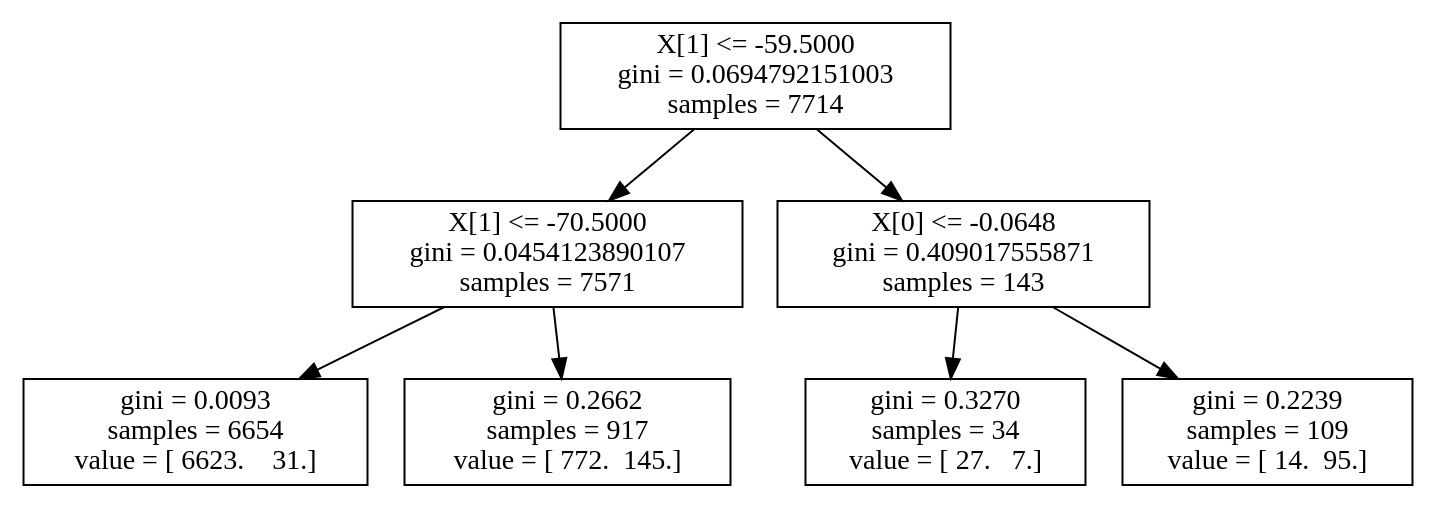
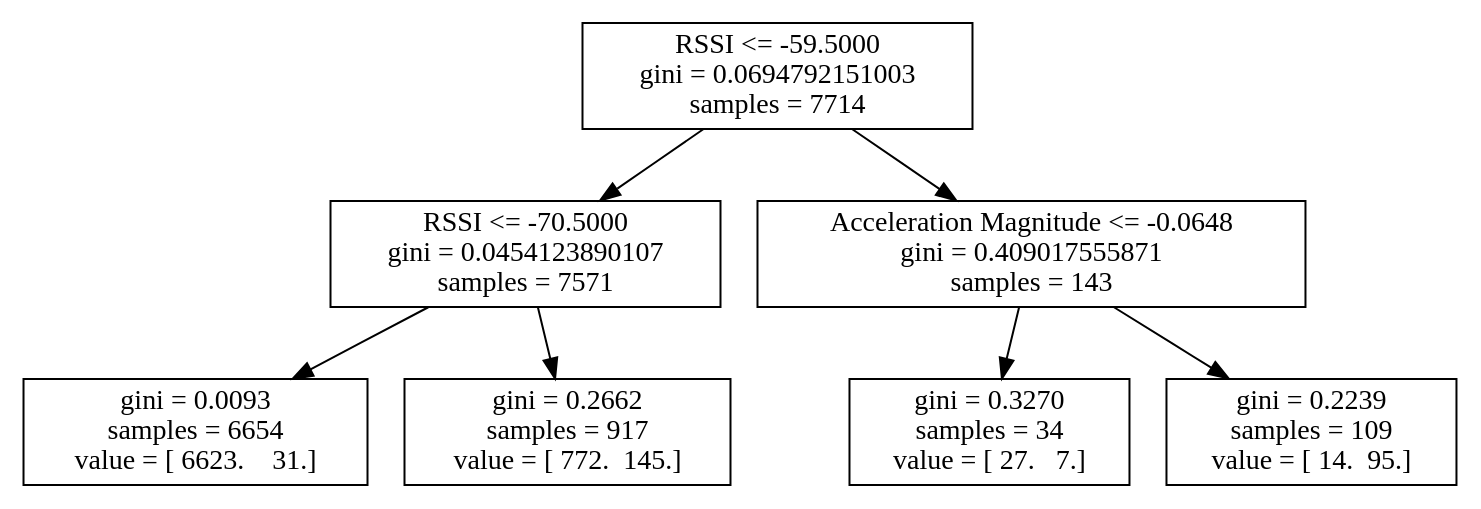
One commit to atitus5/6s062-Project changed the diagram in logs/4_19/log25.dot. Above: the diagram before and after it, drawn with Graphviz. The commit also changed 73 other files, not shown here.

```diff
--- a/logs/4_19/log25.dot
+++ b/logs/4_19/log25.dot
@@ -1,15 +1,15 @@
 digraph Tree {
-0 [label="X[1] <= -59.5000\ngini = 0.0694792151003\nsamples = 7714", shape="box"] ;
-1 [label="X[1] <= -70.5000\ngini = 0.0454123890107\nsamples = 7571", shape="box"] ;
+0 [label="RSSI <= -59.5000\ngini = 0.0694792151003\nsamples = 7714", shape="box"] ;
+1 [label="RSSI <= -70.5000\ngini = 0.0454123890107\nsamples = 7571", shape="box"] ;
 0 -> 1 ;
 2 [label="gini = 0.0093\nsamples = 6654\nvalue = [ 6623.    31.]", shape="box"] ;
 1 -> 2 ;
 3 [label="gini = 0.2662\nsamples = 917\nvalue = [ 772.  145.]", shape="box"] ;
 1 -> 3 ;
-4 [label="X[0] <= -0.0648\ngini = 0.409017555871\nsamples = 143", shape="box"] ;
+4 [label="Acceleration Magnitude <= -0.0648\ngini = 0.409017555871\nsamples = 143", shape="box"] ;
 0 -> 4 ;
 5 [label="gini = 0.3270\nsamples = 34\nvalue = [ 27.   7.]", shape="box"] ;
 4 -> 5 ;
 6 [label="gini = 0.2239\nsamples = 109\nvalue = [ 14.  95.]", shape="box"] ;
 4 -> 6 ;
 }
```
